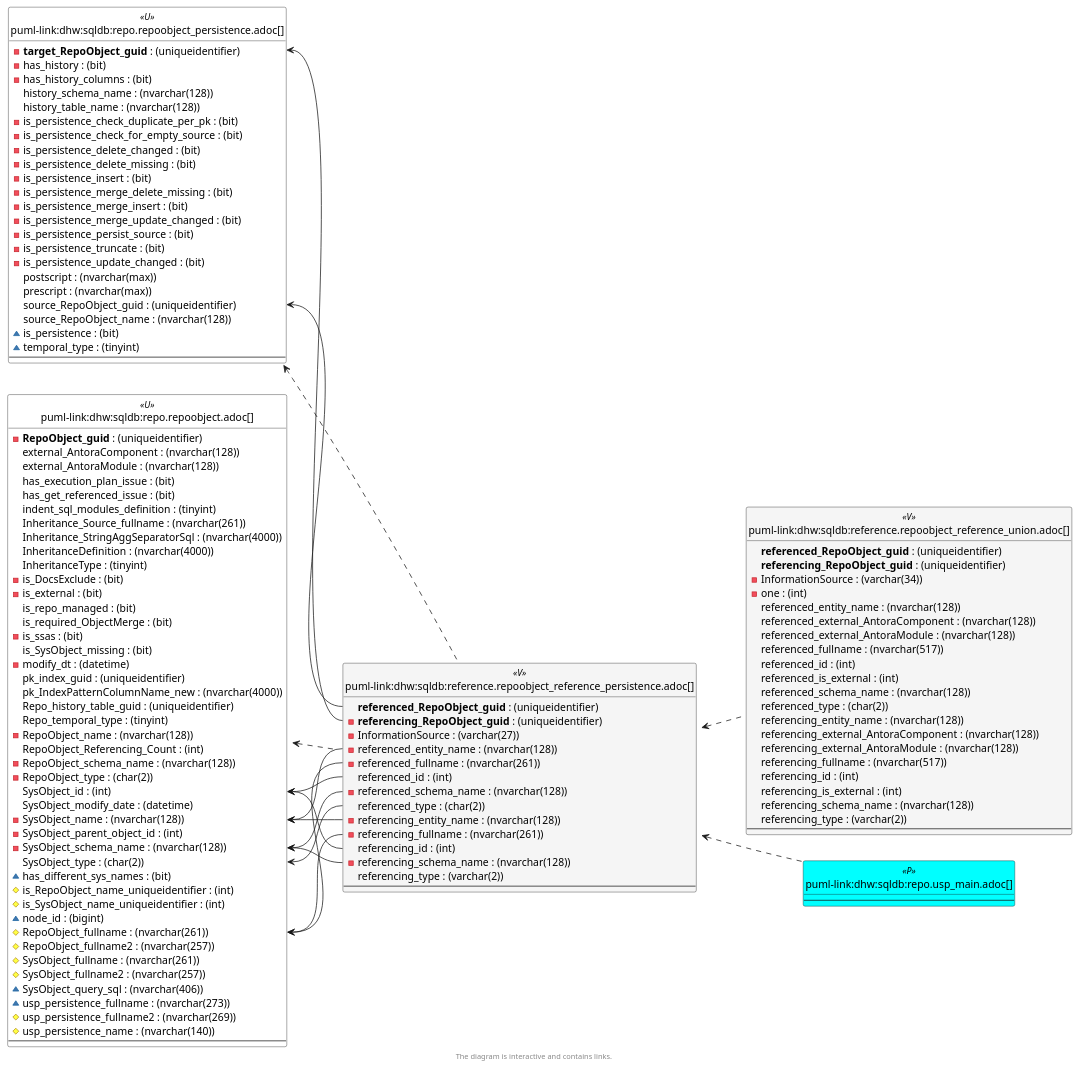
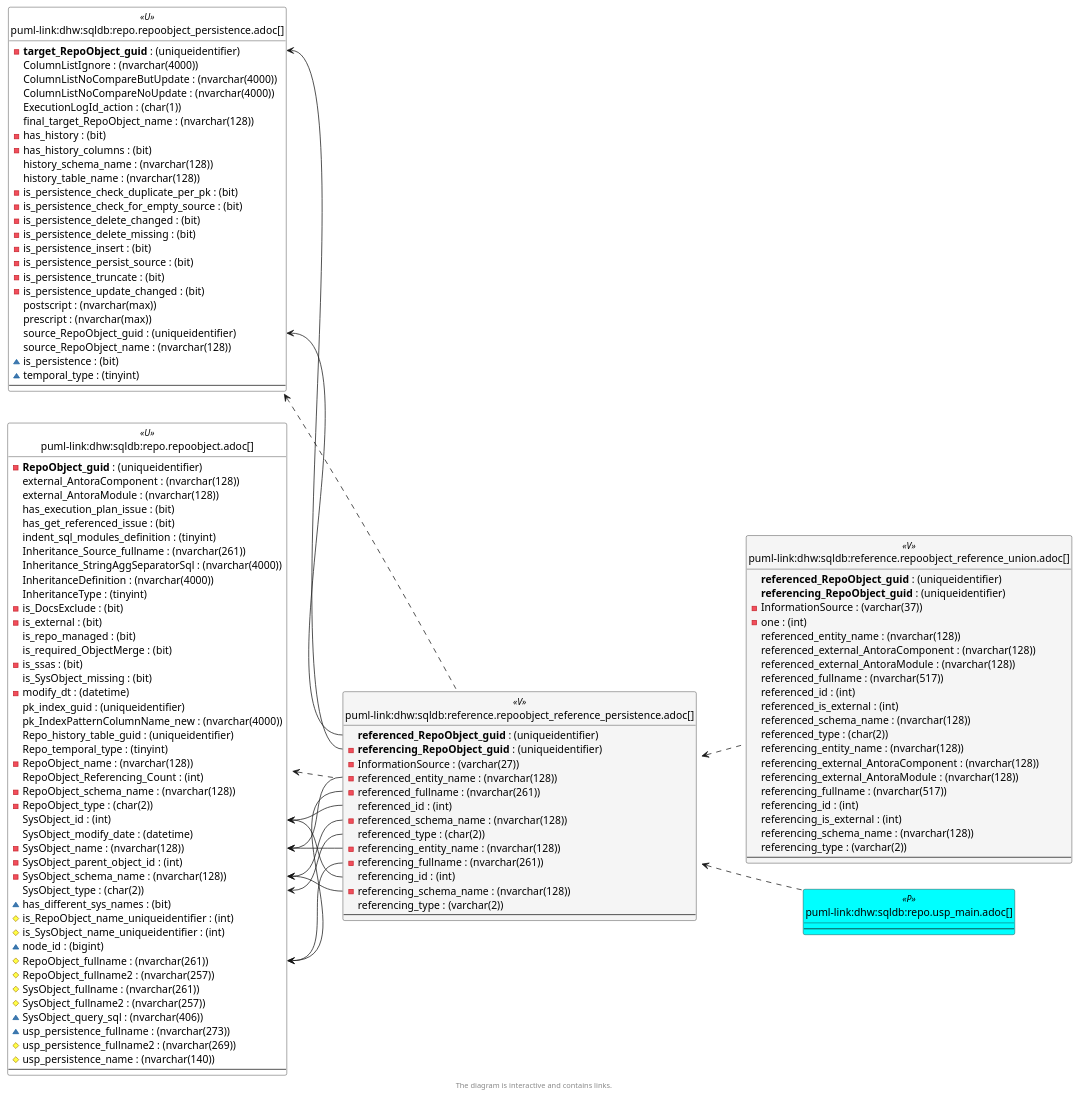
The sixth of 6 diagrams in docs/modules/sqldb/partials/content/reference.repoobject_reference_persistence.adoc (DataHandwerk/dhw-antora-sqldb), drawn with PlantUML before and after one commit. The commit also changed other lines of this file and 751 other files, not shown here.

```diff
--- a/docs/modules/sqldb/partials/content/reference.repoobject_reference_persistence.adoc
+++ b/docs/modules/sqldb/partials/content/reference.repoobject_reference_persistence.adoc
@@ -2596,7 +2597,7 @@
 entity "puml-link:dhw:sqldb:reference.repoobject_reference_union.adoc[]" as reference.RepoObject_reference_union << V >> {
   **referenced_RepoObject_guid** : (uniqueidentifier)
   **referencing_RepoObject_guid** : (uniqueidentifier)
-  - InformationSource : (varchar(34))
+  - InformationSource : (varchar(37))
   - one : (int)
   referenced_entity_name : (nvarchar(128))
   referenced_external_AntoraComponent : (nvarchar(128))
@@ -2666,6 +2667,11 @@
 
 entity "puml-link:dhw:sqldb:repo.repoobject_persistence.adoc[]" as repo.RepoObject_persistence << U >> {
   - **target_RepoObject_guid** : (uniqueidentifier)
+  ColumnListIgnore : (nvarchar(4000))
+  ColumnListNoCompareButUpdate : (nvarchar(4000))
+  ColumnListNoCompareNoUpdate : (nvarchar(4000))
+  ExecutionLogId_action : (char(1))
+  final_target_RepoObject_name : (nvarchar(128))
   - has_history : (bit)
   - has_history_columns : (bit)
   history_schema_name : (nvarchar(128))
@@ -2675,9 +2681,6 @@
   - is_persistence_delete_changed : (bit)
   - is_persistence_delete_missing : (bit)
   - is_persistence_insert : (bit)
-  - is_persistence_merge_delete_missing : (bit)
-  - is_persistence_merge_insert : (bit)
-  - is_persistence_merge_update_changed : (bit)
   - is_persistence_persist_source : (bit)
   - is_persistence_truncate : (bit)
   - is_persistence_update_changed : (bit)
@@ -2702,8 +2705,8 @@
 "repo.RepoObject::RepoObject_fullname" <-- "reference.RepoObject_reference_persistence::referenced_fullname"
 "repo.RepoObject::SysObject_id" <-- "reference.RepoObject_reference_persistence::referencing_id"
 "repo.RepoObject::SysObject_id" <-- "reference.RepoObject_reference_persistence::referenced_id"
+"repo.RepoObject::SysObject_name" <-- "reference.RepoObject_reference_persistence::referencing_entity_name"
 "repo.RepoObject::SysObject_name" <-- "reference.RepoObject_reference_persistence::referenced_entity_name"
-"repo.RepoObject::SysObject_name" <-- "reference.RepoObject_reference_persistence::referencing_entity_name"
 "repo.RepoObject::SysObject_schema_name" <-- "reference.RepoObject_reference_persistence::referenced_schema_name"
 "repo.RepoObject::SysObject_schema_name" <-- "reference.RepoObject_reference_persistence::referencing_schema_name"
 "repo.RepoObject::SysObject_type" <-- "reference.RepoObject_reference_persistence::referenced_type"
```
